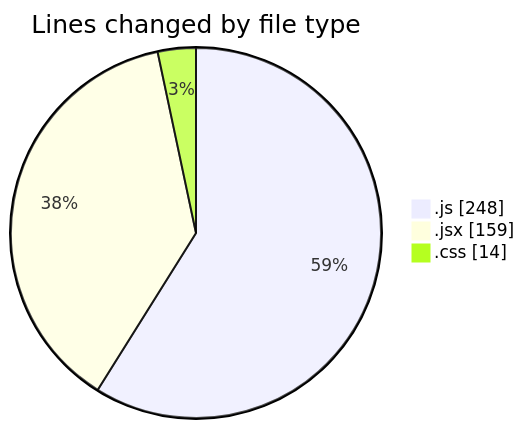
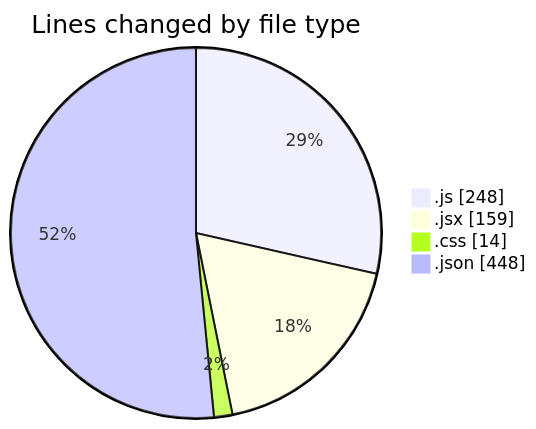
The first of 2 diagrams in 2025-07-01/urlwebwalatask/README.md (Ritupan-Deka/code-tracking), drawn with Mermaid before and after one commit. The commit also changed other lines of this file and 1 other file, not shown here.

````diff
--- a/2025-07-01/urlwebwalatask/README.md
+++ b/2025-07-01/urlwebwalatask/README.md
@@ -25,7 +26,8 @@
 ```mermaid
 pie showData
 title Lines changed by file type
 ".js" : 248
 ".jsx" : 159
 ".css" : 14
+".json" : 448
 ```
````
